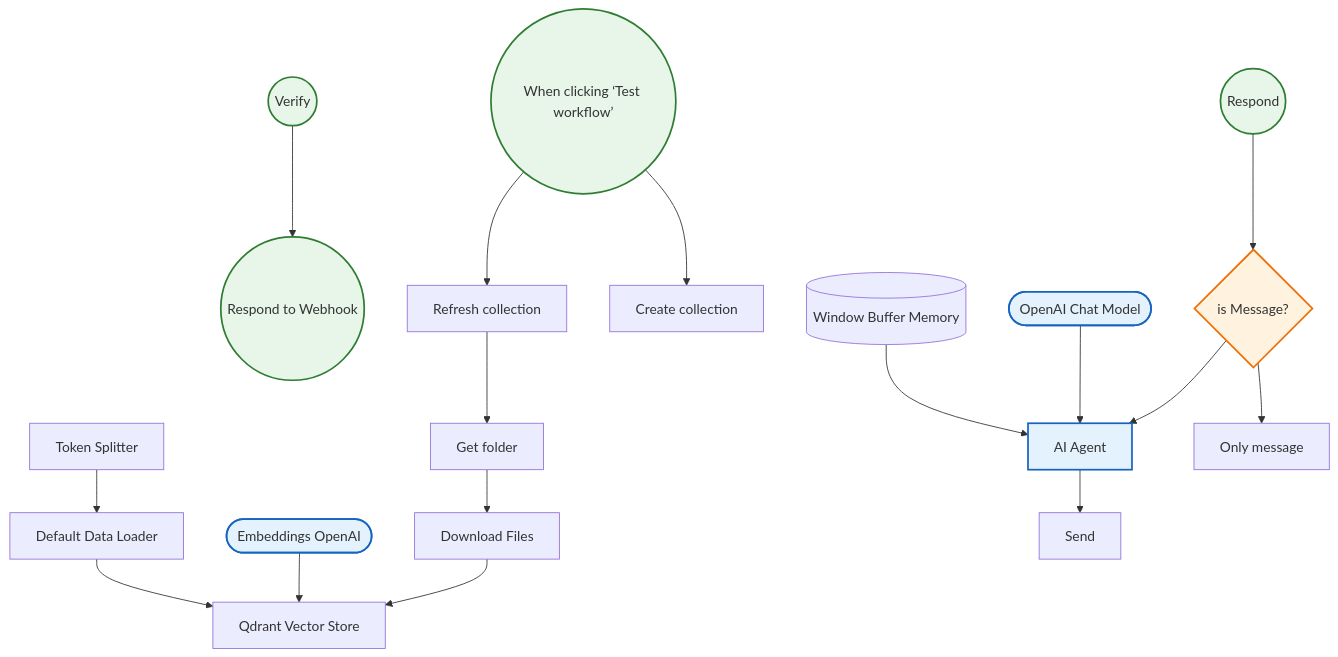
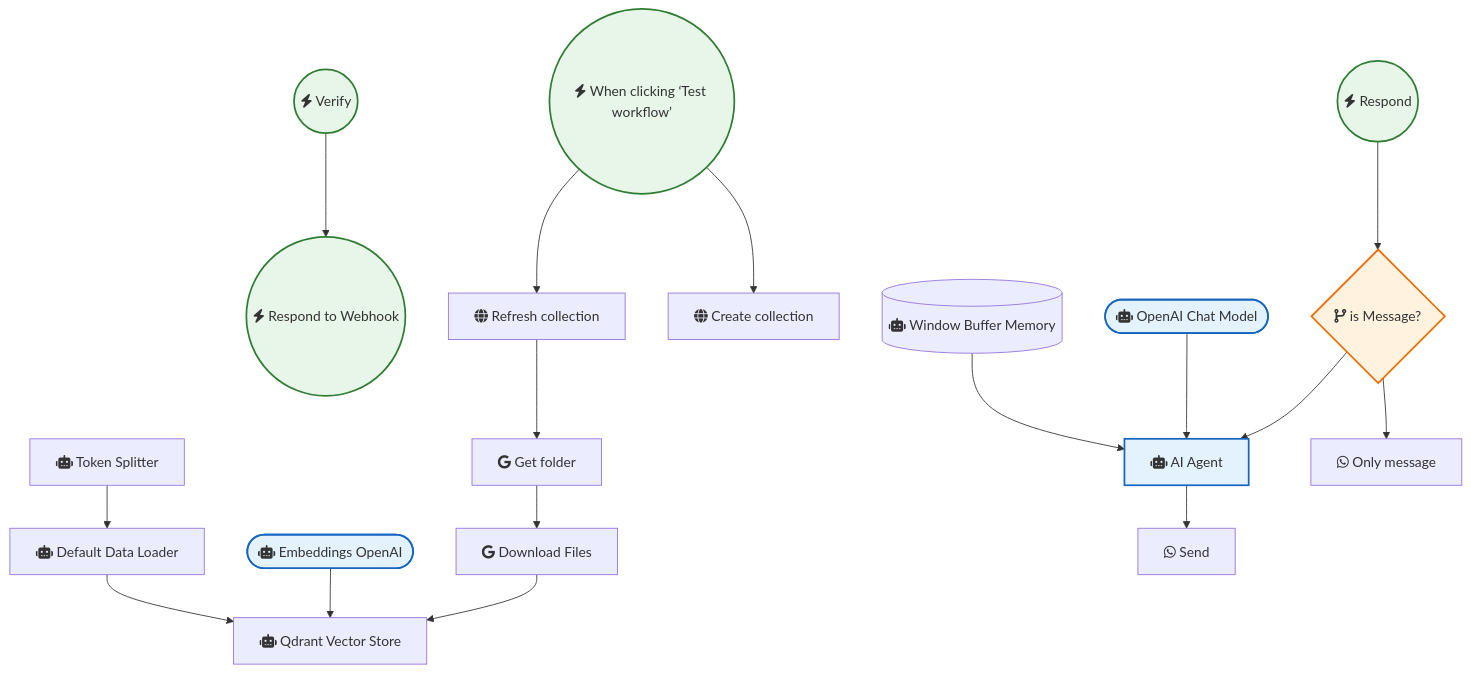
One commit to sreyash3105/N8N-DEMO-AUTOMATIONS changed the diagram in WhatsApp/Business Whatsapp Ai Rag Chatbot.md. Above: the diagram before and after it, drawn with Mermaid. The commit also changed 291 other files, not shown here.

````diff
--- a/WhatsApp/Business Whatsapp Ai Rag Chatbot.md
+++ b/WhatsApp/Business Whatsapp Ai Rag Chatbot.md
@@ -1,41 +1,41 @@
 ```mermaid
 graph TD
     classDef trigger fill:#e8f5e9,stroke:#2e7d32,stroke-width:2px;
     classDef ai fill:#e3f2fd,stroke:#1565c0,stroke-width:2px;
     classDef logic fill:#fff3e0,stroke:#ef6c00,stroke-width:2px;
 
-    Respond_to_Webhook(("Respond to Webhook")):::trigger
-    AI_Agent["AI Agent"]:::ai
-    OpenAI_Chat_Model(["OpenAI Chat Model"]):::ai
-    When_clicking__Test_workflow_(("When clicking ‘Test workflow’")):::trigger
-    Qdrant_Vector_Store["Qdrant Vector Store"]
-    Create_collection["Create collection"]
-    Refresh_collection["Refresh collection"]
-    Get_folder["Get folder"]
-    Download_Files["Download Files"]
-    Embeddings_OpenAI(["Embeddings OpenAI"]):::ai
-    Default_Data_Loader["Default Data Loader"]
-    Token_Splitter["Token Splitter"]
-    Verify(("Verify")):::trigger
-    Respond(("Respond")):::trigger
-    is_Message_{"is Message?"}:::logic
-    Only_message["Only message"]
-    Send["Send"]
-    Window_Buffer_Memory[("Window Buffer Memory")]
+    Respond_to_Webhook(("fas:fa-bolt Respond to Webhook")):::trigger
+    AI_Agent["fas:fa-robot AI Agent"]:::ai
+    OpenAI_Chat_Model(["fas:fa-robot OpenAI Chat Model"]):::ai
+    When_clicking__Test_workflow_(("fas:fa-bolt When clicking ‘Test workflow’")):::trigger
+    Qdrant_Vector_Store["fas:fa-robot Qdrant Vector Store"]
+    Create_collection["fas:fa-globe Create collection"]
+    Refresh_collection["fas:fa-globe Refresh collection"]
+    Get_folder["fab:fa-google Get folder"]
+    Download_Files["fab:fa-google Download Files"]
+    Embeddings_OpenAI(["fas:fa-robot Embeddings OpenAI"]):::ai
+    Default_Data_Loader["fas:fa-robot Default Data Loader"]
+    Token_Splitter["fas:fa-robot Token Splitter"]
+    Verify(("fas:fa-bolt Verify")):::trigger
+    Respond(("fas:fa-bolt Respond")):::trigger
+    is_Message_{"fas:fa-code-branch is Message?"}:::logic
+    Only_message["fab:fa-whatsapp Only message"]
+    Send["fab:fa-whatsapp Send"]
+    Window_Buffer_Memory[("fas:fa-robot Window Buffer Memory")]
 
     Verify --> Respond_to_Webhook
     Respond --> is_Message_
     AI_Agent --> Send
     Get_folder --> Download_Files
     is_Message_ --> AI_Agent
     is_Message_ --> Only_message
     Download_Files --> Qdrant_Vector_Store
     Token_Splitter --> Default_Data_Loader
     Embeddings_OpenAI --> Qdrant_Vector_Store
     OpenAI_Chat_Model --> AI_Agent
     Refresh_collection --> Get_folder
     Default_Data_Loader --> Qdrant_Vector_Store
     Window_Buffer_Memory --> AI_Agent
     When_clicking__Test_workflow_ --> Create_collection
     When_clicking__Test_workflow_ --> Refresh_collection
 ```
````
